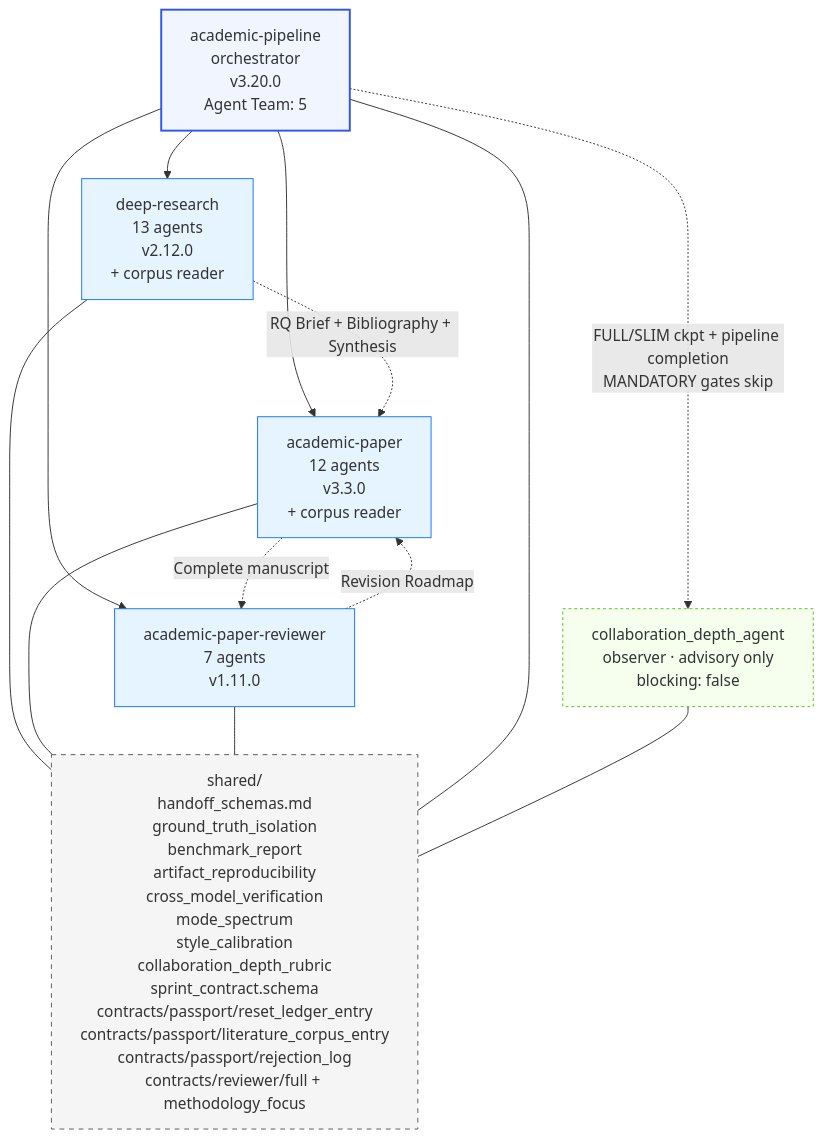
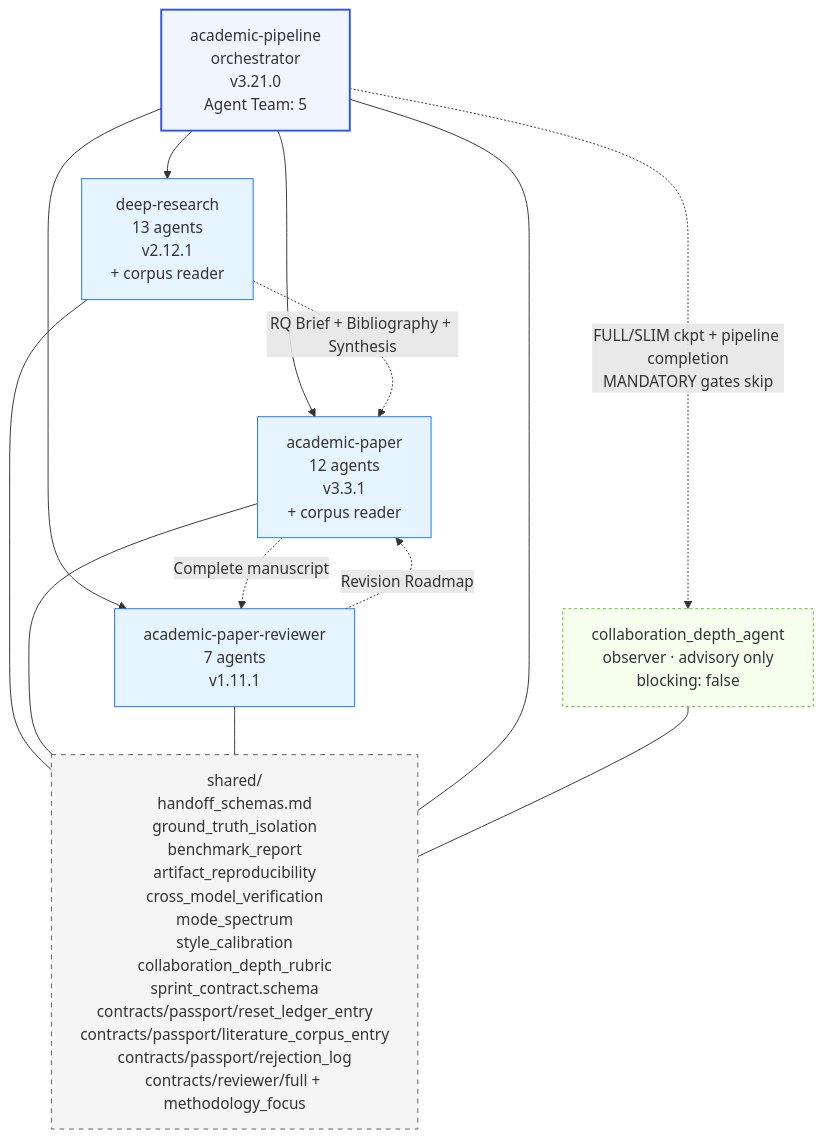
One commit to Imbad0202/academic-research-skills-codex changed the fourth of 5 diagrams in skills/academic-research-suite/ars/docs/ARCHITECTURE.md. Above: the diagram before and after it, drawn with Mermaid. The commit also changed other lines of this file and 415 other files, not shown here.

````diff
--- a/skills/academic-research-suite/ars/docs/ARCHITECTURE.md
+++ b/skills/academic-research-suite/ars/docs/ARCHITECTURE.md
@@ -201,31 +205,31 @@
 ```mermaid
 graph TD
-    Pipeline[academic-pipeline<br/>orchestrator<br/>v3.20.0<br/>Agent Team: 5]
+    Pipeline[academic-pipeline<br/>orchestrator<br/>v3.21.0<br/>Agent Team: 5]
     Observer[collaboration_depth_agent<br/>observer · advisory only<br/>blocking: false]
-    DR[deep-research<br/>13 agents<br/>v2.12.0<br/>+ corpus reader]
-    AP[academic-paper<br/>12 agents<br/>v3.3.0<br/>+ corpus reader]
-    APR[academic-paper-reviewer<br/>7 agents<br/>v1.11.0]
+    DR[deep-research<br/>13 agents<br/>v2.12.1<br/>+ corpus reader]
+    AP[academic-paper<br/>12 agents<br/>v3.3.1<br/>+ corpus reader]
+    APR[academic-paper-reviewer<br/>7 agents<br/>v1.11.1]
     Shared[shared/<br/>handoff_schemas.md<br/>ground_truth_isolation<br/>benchmark_report<br/>artifact_reproducibility<br/>cross_model_verification<br/>mode_spectrum<br/>style_calibration<br/>collaboration_depth_rubric<br/>sprint_contract.schema<br/>contracts/passport/reset_ledger_entry<br/>contracts/passport/literature_corpus_entry<br/>contracts/passport/rejection_log<br/>contracts/reviewer/full + methodology_focus]
 
     Pipeline --> DR
     Pipeline --> AP
     Pipeline --> APR
     Pipeline -. "FULL/SLIM ckpt + pipeline completion<br/>MANDATORY gates skip" .-> Observer
     DR -. "RQ Brief + Bibliography + Synthesis" .-> AP
     AP -. "Complete manuscript" .-> APR
     APR -. "Revision Roadmap" .-> AP
     DR --- Shared
     AP --- Shared
     APR --- Shared
     Pipeline --- Shared
     Observer --- Shared
 
     classDef orch fill:#f0f5ff,stroke:#2f54eb,stroke-width:2px
     classDef skill fill:#e6f4ff,stroke:#1677ff
     classDef shared fill:#f5f5f5,stroke:#595959,stroke-dasharray:5 5
     classDef observer fill:#f6ffed,stroke:#52c41a,stroke-dasharray:3 3
     class Pipeline orch
     class DR,AP,APR skill
     class Shared shared
     class Observer observer
 ```
````
